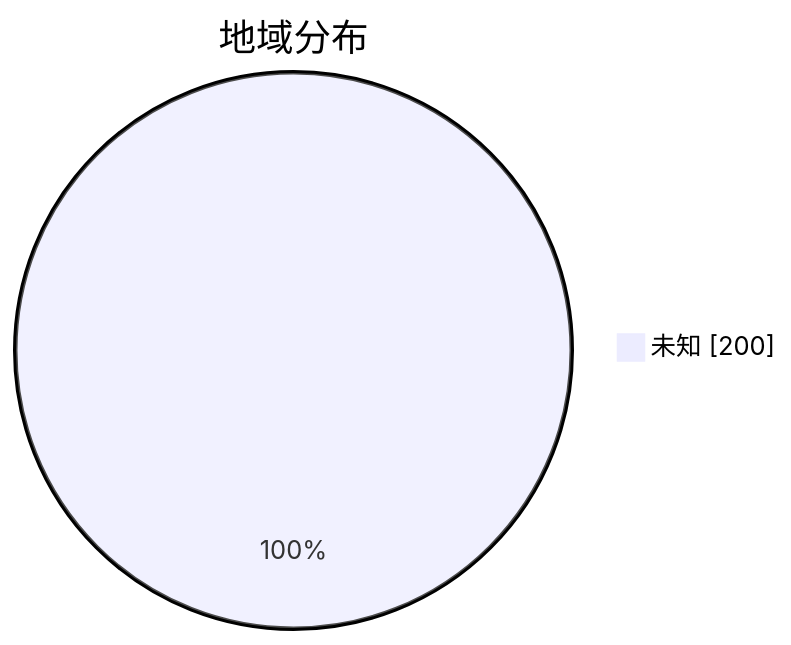
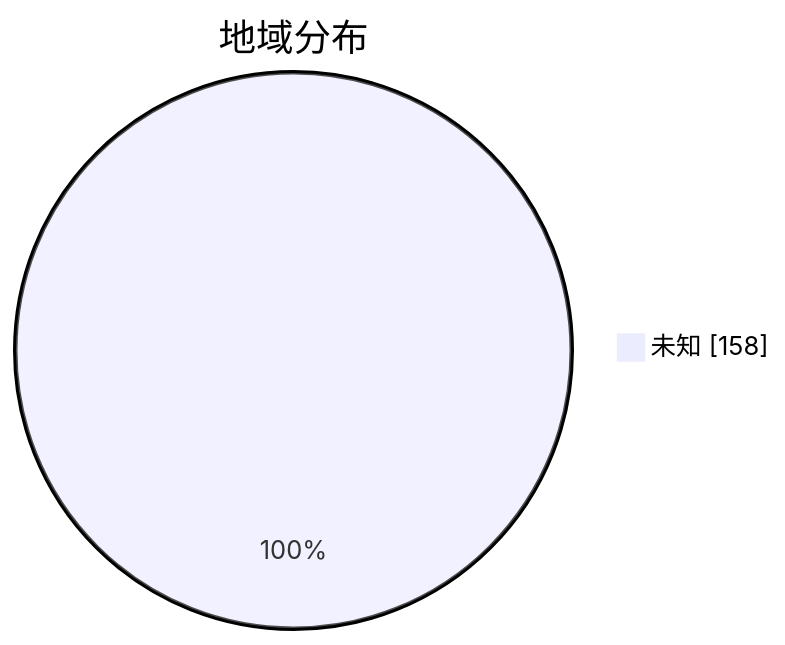
Before and after one commit to qjlxg/airport: the second of 3 diagrams in subs/statistics/tested_within.md, drawn with Mermaid. The commit also changed other lines of this file and 2 other files, not shown here.

````diff
--- a/subs/statistics/tested_within.md
+++ b/subs/statistics/tested_within.md
@@ -12,5 +13,5 @@
 ```mermaid
 pie showData
 title 地域分布
-"未知" : 200
+"未知" : 158
 ```
````
